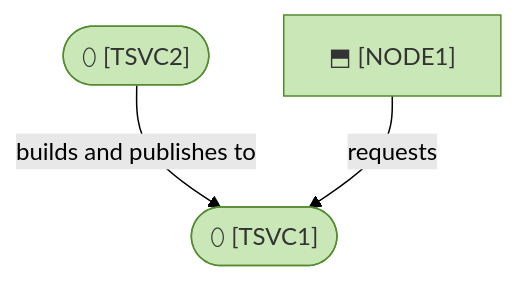
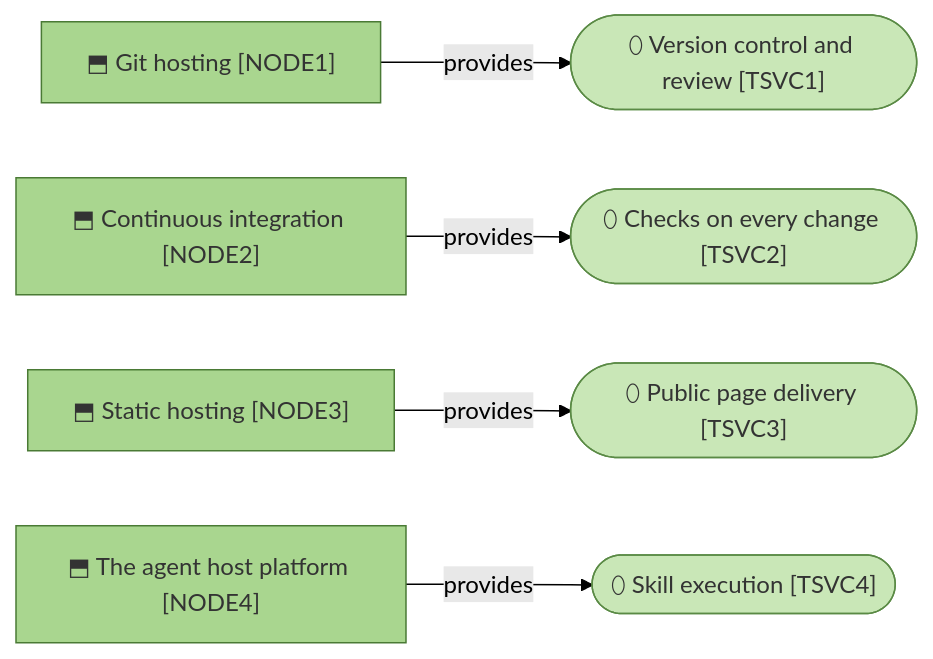
One commit to roanboc/architecture-archreator changed the diagram in product-archreator/architecture/5_technology/README.md. Above: the diagram before and after it, drawn with Mermaid (forest theme). The commit also changed other lines of this file and 10 other files, not shown here.

````diff
--- a/product-archreator/architecture/5_technology/README.md
+++ b/product-archreator/architecture/5_technology/README.md
@@ -31,11 +29,20 @@
 ```mermaid
-flowchart TB
-  runtime["⬒ <Where it runs> [NODE1]"]:::technology
-  hosting(["⬯ <Hosting/platform> [TSVC1]"]):::technology
-  ci(["⬯ <CI/CD> [TSVC2]"]):::technology
+flowchart LR
+  node1["⬒ Git hosting [NODE1]"]:::node
+  node2["⬒ Continuous integration [NODE2]"]:::node
+  node3["⬒ Static hosting [NODE3]"]:::node
+  node4["⬒ The agent host platform [NODE4]"]:::node
 
-  ci -->|builds and publishes to| hosting
-  runtime -->|requests| hosting
+  tsvc1(["⬯ Version control and review [TSVC1]"]):::technology
+  tsvc2(["⬯ Checks on every change [TSVC2]"]):::technology
+  tsvc3(["⬯ Public page delivery [TSVC3]"]):::technology
+  tsvc4(["⬯ Skill execution [TSVC4]"]):::technology
 
-  classDef technology fill:#c9e7b7,stroke:#558b2f,color:#333
+  node1 -->|provides| tsvc1
+  node2 -->|provides| tsvc2
+  node3 -->|provides| tsvc3
+  node4 -->|provides| tsvc4
+
+  classDef node fill:#a9d68f,stroke:#4a7a35,color:#333
+  classDef technology fill:#c9e7b7,stroke:#5a8a45,color:#333
 ```
````
